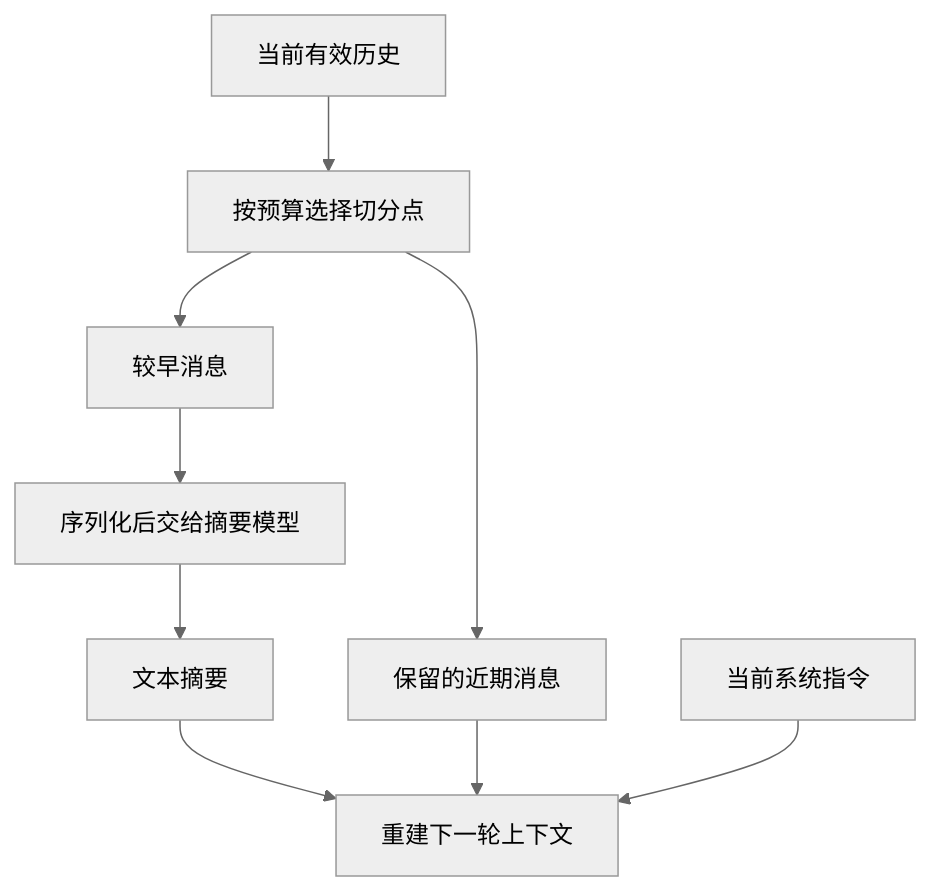
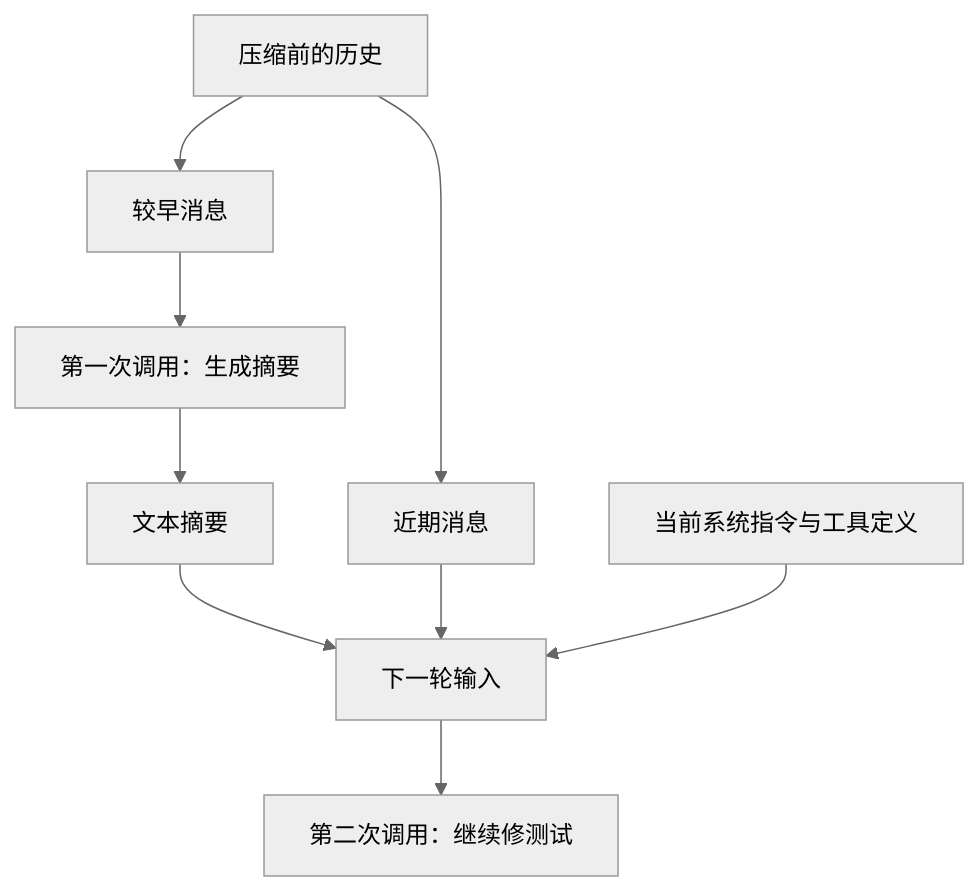
One commit to Trashwbin/quill changed the first of 2 diagrams in content/zh/posts/agent-context-compaction.md. Above: the diagram before and after it, drawn with Mermaid (neutral theme). The commit also changed other lines of this file and 2 other files, not shown here.

````diff
--- a/content/zh/posts/agent-context-compaction.md
+++ b/content/zh/posts/agent-context-compaction.md
@@ -64,11 +112,11 @@
 ```mermaid
 flowchart TD
-    H["当前有效历史"] --> C["按预算选择切分点"]
-    C --> O["较早消息"]
-    C --> R["保留的近期消息"]
-    O --> S["序列化后交给摘要模型"]
+    H["压缩前的历史"] --> O["较早消息"]
+    H --> R["近期消息"]
+    O --> S["第一次调用：生成摘要"]
     S --> T["文本摘要"]
-    T --> N["重建下一轮上下文"]
+    T --> N["下一轮输入"]
     R --> N
-    P["当前系统指令"] --> N
+    I["当前系统指令与工具定义"] --> N
+    N --> M["第二次调用：继续修测试"]
 ```
````
